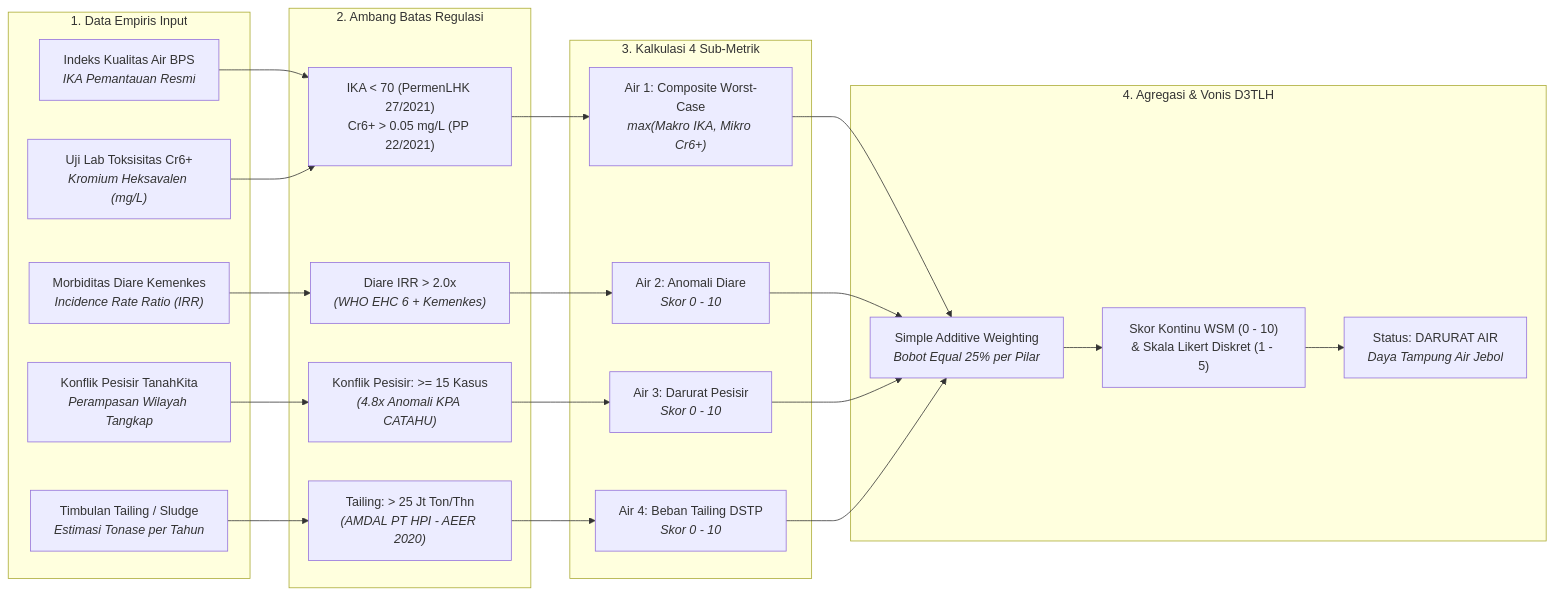
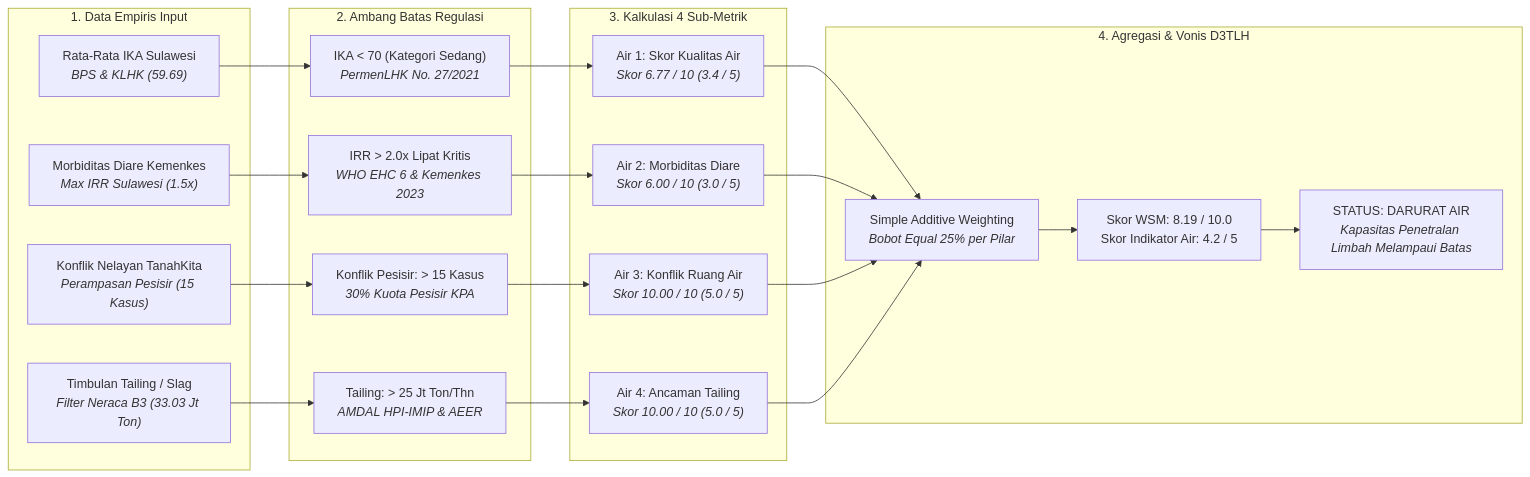
One commit to HenryAi-SIBERMU/ECC changed the second of 2 diagrams in tools/report_metodologi/bab_6/Metodologi_Bab6_Audit_D3TLH.md. Above: the diagram before and after it, drawn with Mermaid. The commit also changed other lines of this file and 4 other files, not shown here.

````diff
--- a/tools/report_metodologi/bab_6/Metodologi_Bab6_Audit_D3TLH.md
+++ b/tools/report_metodologi/bab_6/Metodologi_Bab6_Audit_D3TLH.md
@@ -95,32 +95,31 @@
 ```mermaid
 flowchart LR
     subgraph S1["1. Data Empiris Input"]
-        A1["Indeks Kualitas Air BPS<br/><i>IKA Pemantauan Resmi</i>"]
-        A2["Uji Lab Toksisitas Cr6+<br/><i>Kromium Heksavalen (mg/L)</i>"]
-        A3["Morbiditas Diare Kemenkes<br/><i>Incidence Rate Ratio (IRR)</i>"]
-        A4["Konflik Pesisir TanahKita<br/><i>Perampasan Wilayah Tangkap</i>"]
-        A5["Timbulan Tailing / Sludge<br/><i>Estimasi Tonase per Tahun</i>"]
+        A1["Rata-Rata IKA Sulawesi<br/><i>BPS & KLHK (59.69)</i>"]
+        A2["Morbiditas Diare Kemenkes<br/><i>Max IRR Sulawesi (1.5x)</i>"]
+        A3["Konflik Nelayan TanahKita<br/><i>Perampasan Pesisir (15 Kasus)</i>"]
+        A4["Timbulan Tailing / Slag<br/><i>Filter Neraca B3 (33.03 Jt Ton)</i>"]
     end
     subgraph S2["2. Ambang Batas Regulasi"]
-        B1["IKA < 70 (PermenLHK 27/2021)<br/>Cr6+ > 0.05 mg/L (PP 22/2021)"]
-        B2["Diare IRR > 2.0x<br/><i>(WHO EHC 6 + Kemenkes)</i>"]
-        B3["Konflik Pesisir: >= 15 Kasus<br/><i>(4.8x Anomali KPA CATAHU)</i>"]
-        B4["Tailing: > 25 Jt Ton/Thn<br/><i>(AMDAL PT HPI - AEER 2020)</i>"]
+        B1["IKA < 70 (Kategori Sedang)<br/><i>PermenLHK No. 27/2021</i>"]
+        B2["IRR > 2.0x Lipat Kritis<br/><i>WHO EHC 6 & Kemenkes 2023</i>"]
+        B3["Konflik Pesisir: > 15 Kasus<br/><i>30% Kuota Pesisir KPA</i>"]
+        B4["Tailing: > 25 Jt Ton/Thn<br/><i>AMDAL HPI-IMIP & AEER</i>"]
     end
     subgraph S3["3. Kalkulasi 4 Sub-Metrik"]
-        C1["Air 1: Composite Worst-Case<br/><i>max(Makro IKA, Mikro Cr6+)</i>"]
-        C2["Air 2: Anomali Diare<br/><i>Skor 0 - 10</i>"]
-        C3["Air 3: Darurat Pesisir<br/><i>Skor 0 - 10</i>"]
-        C4["Air 4: Beban Tailing DSTP<br/><i>Skor 0 - 10</i>"]
+        C1["Air 1: Skor Kualitas Air<br/><i>Skor 6.77 / 10 (3.4 / 5)</i>"]
+        C2["Air 2: Morbiditas Diare<br/><i>Skor 6.00 / 10 (3.0 / 5)</i>"]
+        C3["Air 3: Konflik Ruang Air<br/><i>Skor 10.00 / 10 (5.0 / 5)</i>"]
+        C4["Air 4: Ancaman Tailing<br/><i>Skor 10.00 / 10 (5.0 / 5)</i>"]
     end
     subgraph S4["4. Agregasi & Vonis D3TLH"]
         D1["Simple Additive Weighting<br/><i>Bobot Equal 25% per Pilar</i>"]
-        D2["Skor Kontinu WSM (0 - 10)<br/>& Skala Likert Diskret (1 - 5)"]
-        D3["Status: DARURAT AIR<br/><i>Daya Tampung Air Jebol</i>"]
+        D2["Skor WSM: 8.19 / 10.0<br/>Skor Indikator Air: 4.2 / 5"]
+        D3["STATUS: DARURAT AIR<br/><i>Kapasitas Penetralan Limbah Melampaui Batas</i>"]
     end
-    A1 & A2 --> B1 --> C1
-    A3 --> B2 --> C2
-    A4 --> B3 --> C3
-    A5 --> B4 --> C4
+    A1 --> B1 --> C1
+    A2 --> B2 --> C2
+    A3 --> B3 --> C3
+    A4 --> B4 --> C4
     C1 & C2 & C3 & C4 --> D1 --> D2 --> D3
 ```
````
